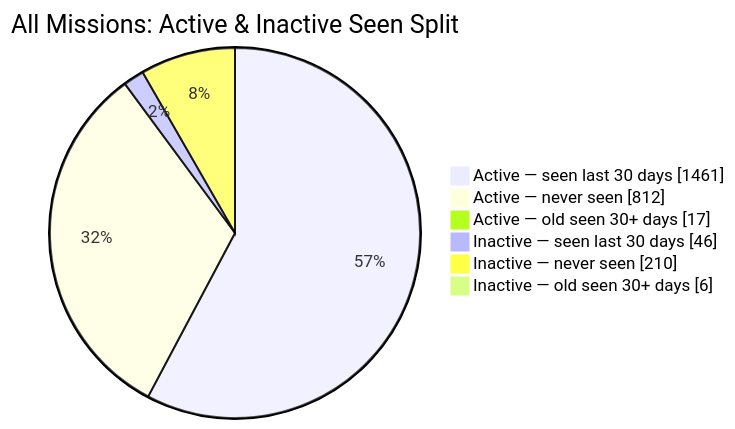
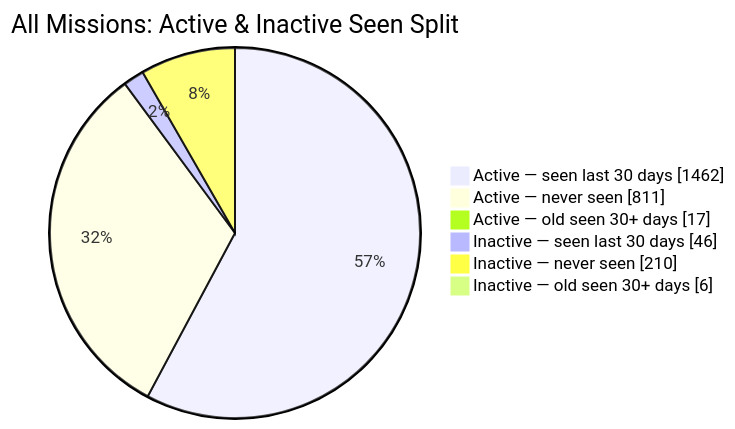
One commit to MeldkamerspelGameTeam/active-missions changed the second of 2 diagrams in README.md. Above: the diagram before and after it, drawn with Mermaid. The commit also changed other lines of this file and 2 other files, not shown here.

````diff
--- a/README.md
+++ b/README.md
@@ -44,10 +44,10 @@
 ```mermaid
 pie showData
     title All Missions: Active & Inactive Seen Split
-    "Active — seen last 30 days" : 1461
-    "Active — never seen" : 812
+    "Active — seen last 30 days" : 1462
+    "Active — never seen" : 811
     "Active — old seen 30+ days" : 17
     "Inactive — seen last 30 days" : 46
     "Inactive — never seen" : 210
     "Inactive — old seen 30+ days" : 6
 ```
````
